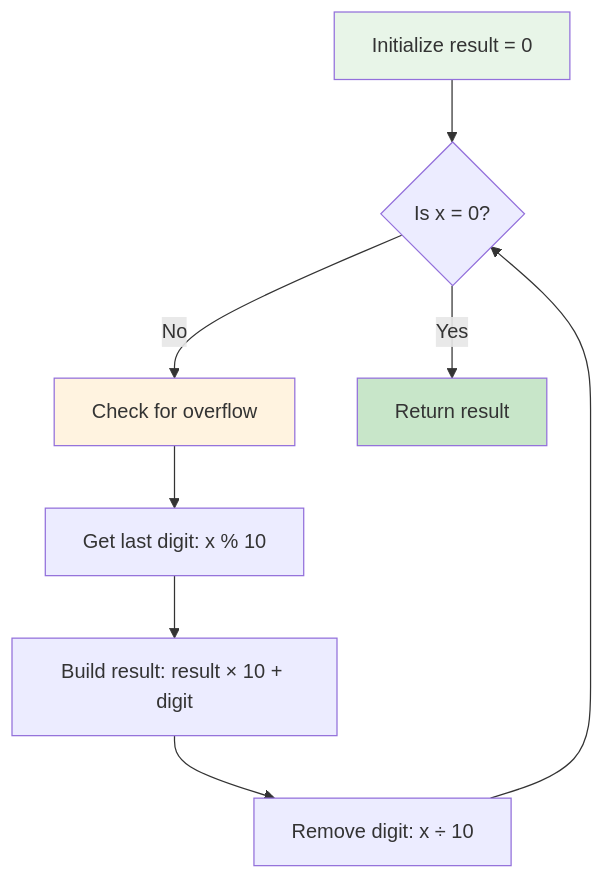
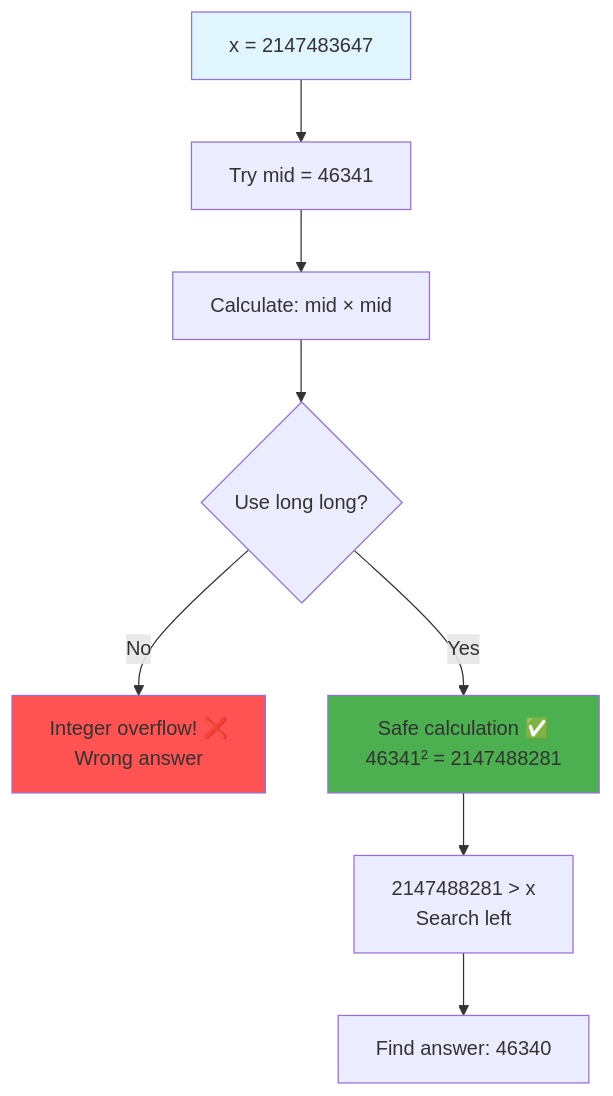
Before and after one commit to LuckyLongre123/README_RUNNER: the seventh of 14 diagrams in README.md, drawn with Mermaid. The commit also changed other lines of this file, not shown here.

````diff
--- a/README.md
+++ b/README.md
@@ -170,14 +170,14 @@
 ```mermaid
 flowchart TD
-    A[Initialize result = 0] --> B{Is x = 0?}
-    B -->|No| C[Check for overflow]
-    C --> D[Get last digit: x % 10]
-    D --> E[Build result: result × 10 + digit]
-    E --> F[Remove digit: x ÷ 10]
-    F --> B
-    B -->|Yes| G[Return result]
+    A[x = 2147483647] --> B[Try mid = 46341]
+    B --> C[Calculate: mid × mid]
+    C --> D{Use long long?}
+    D -->|No| E[Integer overflow! ❌<br/>Wrong answer]
+    D -->|Yes| F[Safe calculation ✅<br/>46341² = 2147488281]
+    F --> G[2147488281 > x<br/>Search left]
+    G --> H[Find answer: 46340]
     
-    style A fill:#e8f5e8
-    style C fill:#fff3e0
-    style G fill:#c8e6c9
+    style A fill:#e1f5fe
+    style E fill:#ff5252
+    style F fill:#4caf50
 ```
````
